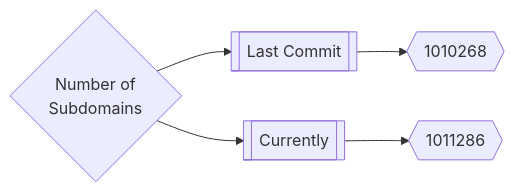
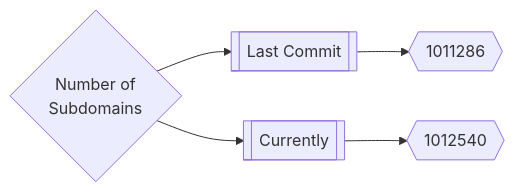
One commit to Excloudx6/inventory changed the first of 3 diagrams in README.md. Above: the diagram before and after it, drawn with Mermaid. The commit also changed other lines of this file, not shown here.

Commit message:
Update README.md Tue Aug 16 22:19:44 UTC 2022

````diff
--- a/README.md
+++ b/README.md
@@ -167,5 +167,5 @@
 ```mermaid
 graph LR
-title{Number of<br>Subdomains} --> subdomainsDate1[[Last Commit]] --> subdomainsNum1{{1010268}}
-title --> subdomainsDate2[[Currently]] --> subdomainsNum2{{1011286}}
+title{Number of<br>Subdomains} --> subdomainsDate1[[Last Commit]] --> subdomainsNum1{{1011286}}
+title --> subdomainsDate2[[Currently]] --> subdomainsNum2{{1012540}}
 ```
````
